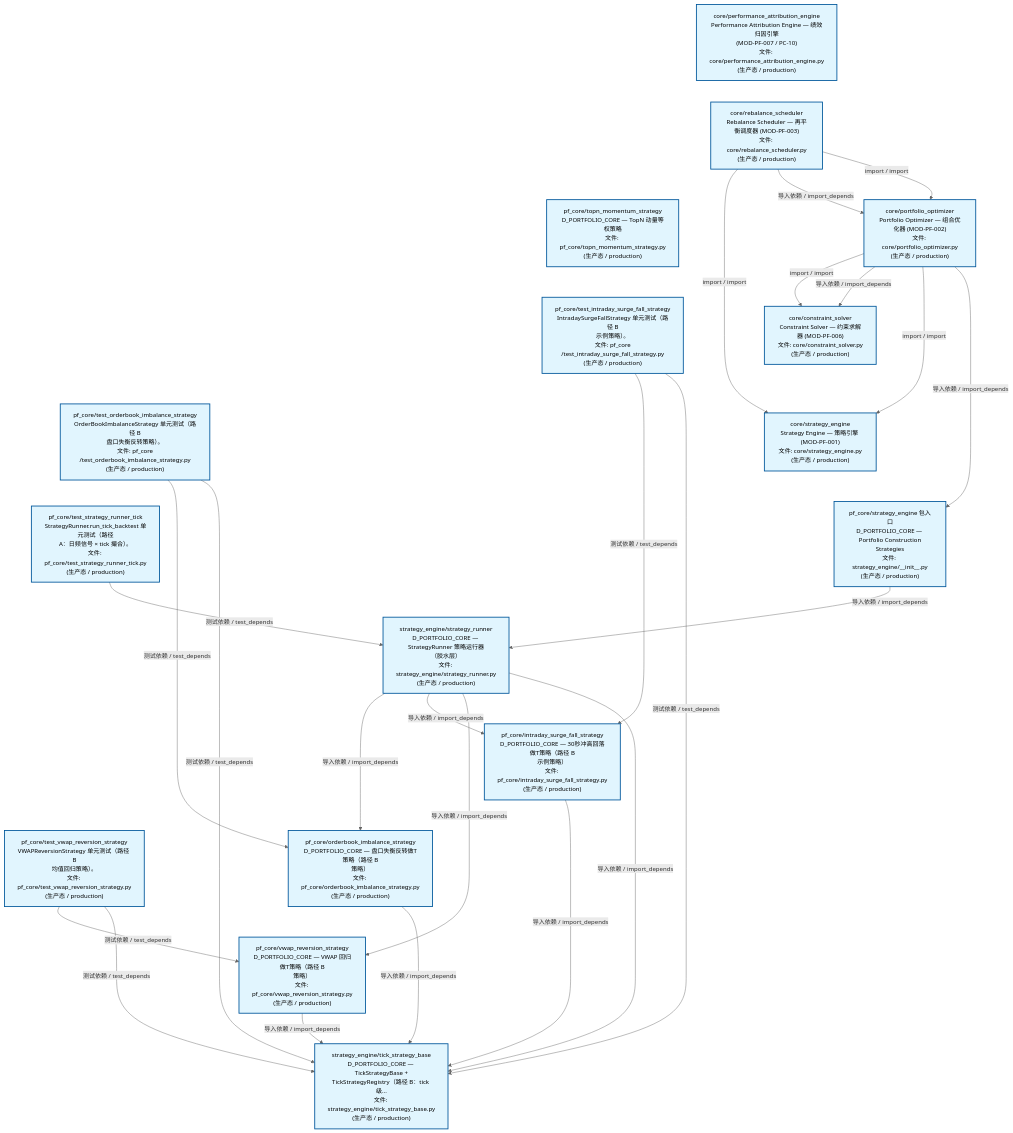
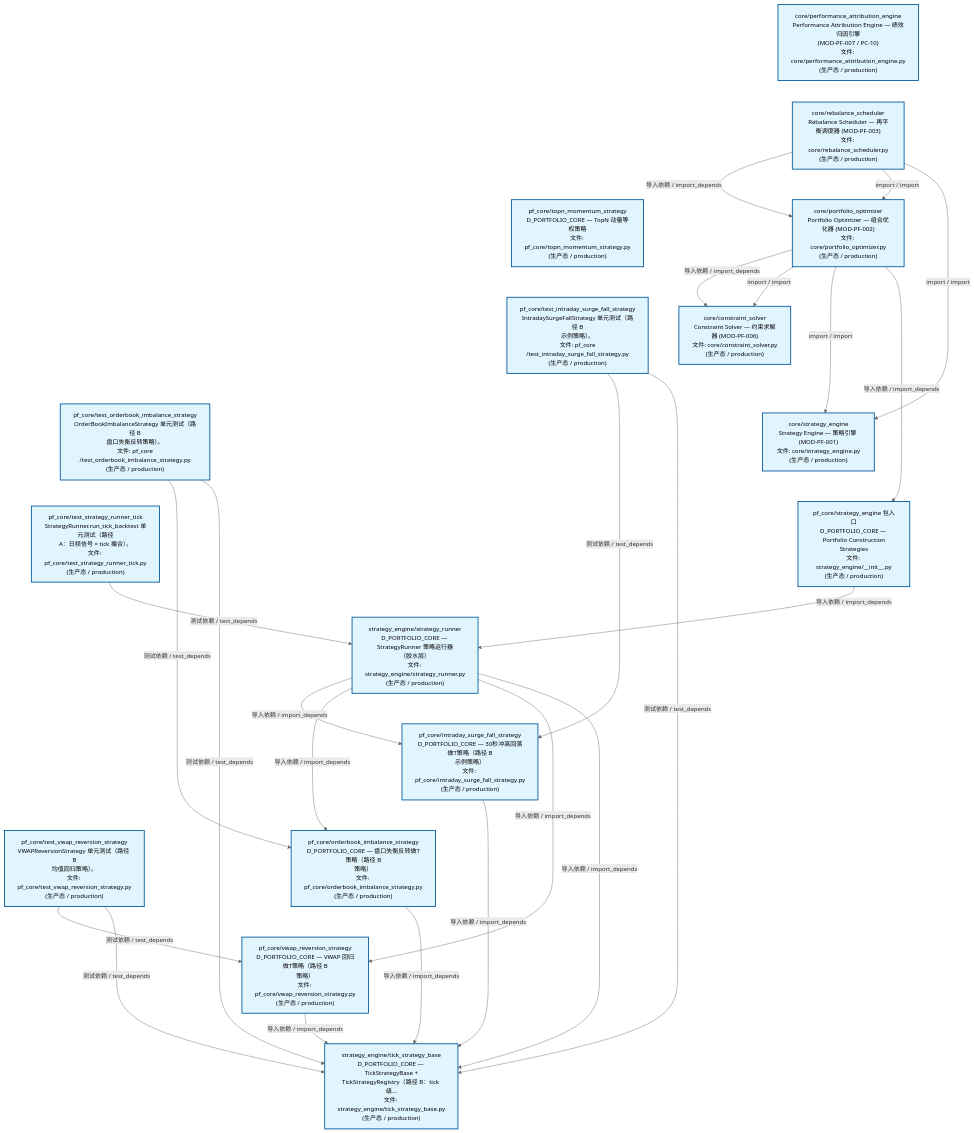
One commit to xuanFelixVan/ZephyrAlpha changed the second of 3 diagrams in docs/02_enterprise_architecture/02_domain_architecture_docs/63_d_pf_core.md. Above: the diagram before and after it, drawn with Mermaid. The commit also changed other lines of this file and 43 other files, not shown here.

````diff
--- a/docs/02_enterprise_architecture/02_domain_architecture_docs/63_d_pf_core.md
+++ b/docs/02_enterprise_architecture/02_domain_architecture_docs/63_d_pf_core.md
@@ -138,57 +138,57 @@
 ```mermaid
 %%{init: {'theme': 'base', 'themeVariables': {'primaryColor': '#eaeaea', 'primaryTextColor': '#333333', 'primaryBorderColor': '#666666', 'lineColor': '#666666', 'secondaryColor': '#eaeaea', 'tertiaryColor': '#eaeaea', 'fontSize': '14px'}}}%%
 flowchart TD
     src_zephyr_pf_core_core_performance_attribution_engine_py["core/performance_attribution_engine<br/>Performance Attribution Engine — 绩效归因引擎<br/>(MOD-PF-007 / PC-10)<br/>文件: core/performance_attribution_engine.py<br/>(生产态 / production)"]
     src_zephyr_pf_core_core_rebalance_scheduler_py["core/rebalance_scheduler<br/>Rebalance Scheduler — 再平衡调度器 (MOD-PF-003)<br/>文件: core/rebalance_scheduler.py<br/>(生产态 / production)"]
     src_zephyr_pf_core_topn_momentum_strategy_py["pf_core/topn_momentum_strategy<br/>D_PORTFOLIO_CORE — TopN 动量等权策略<br/>文件: pf_core/topn_momentum_strategy.py<br/>(生产态 / production)"]
     tests_pf_core_test_intraday_surge_fall_strategy_py["pf_core/test_intraday_surge_fall_strategy<br/>IntradaySurgeFallStrategy 单元测试（路径 B<br/>示例策略）。<br/>文件: pf_core<br/>/test_intraday_surge_fall_strategy.py<br/>(生产态 / production)"]
     tests_pf_core_test_orderbook_imbalance_strategy_py["pf_core/test_orderbook_imbalance_strategy<br/>OrderBookImbalanceStrategy 单元测试（路径 B<br/>盘口失衡反转策略）。<br/>文件: pf_core<br/>/test_orderbook_imbalance_strategy.py<br/>(生产态 / production)"]
     tests_pf_core_test_strategy_runner_tick_py["pf_core/test_strategy_runner_tick<br/>StrategyRunner.run_tick_backtest 单元测试（路径<br/>A：日频信号 × tick 撮合）。<br/>文件: pf_core/test_strategy_runner_tick.py<br/>(生产态 / production)"]
     tests_pf_core_test_vwap_reversion_strategy_py["pf_core/test_vwap_reversion_strategy<br/>VWAPReversionStrategy 单元测试（路径 B<br/>均值回归策略）。<br/>文件: pf_core/test_vwap_reversion_strategy.py<br/>(生产态 / production)"]
     src_zephyr_pf_core_core_performance_attribution_engine_py ~~~ src_zephyr_pf_core_core_rebalance_scheduler_py
     src_zephyr_pf_core_core_rebalance_scheduler_py ~~~ src_zephyr_pf_core_topn_momentum_strategy_py
     src_zephyr_pf_core_topn_momentum_strategy_py ~~~ tests_pf_core_test_intraday_surge_fall_strategy_py
     tests_pf_core_test_intraday_surge_fall_strategy_py ~~~ tests_pf_core_test_orderbook_imbalance_strategy_py
     tests_pf_core_test_orderbook_imbalance_strategy_py ~~~ tests_pf_core_test_strategy_runner_tick_py
     tests_pf_core_test_strategy_runner_tick_py ~~~ tests_pf_core_test_vwap_reversion_strategy_py
     src_zephyr_pf_core_core_portfolio_optimizer_py["core/portfolio_optimizer<br/>Portfolio Optimizer — 组合优化器 (MOD-PF-002)<br/>文件: core/portfolio_optimizer.py<br/>(生产态 / production)"]
     src_zephyr_pf_core_core_constraint_solver_py["core/constraint_solver<br/>Constraint Solver — 约束求解器 (MOD-PF-006)<br/>文件: core/constraint_solver.py<br/>(生产态 / production)"]
     src_zephyr_pf_core_core_strategy_engine_py["core/strategy_engine<br/>Strategy Engine — 策略引擎 (MOD-PF-001)<br/>文件: core/strategy_engine.py<br/>(生产态 / production)"]
     src_zephyr_pf_core_strategy_engine_init_py["pf_core/strategy_engine 包入口<br/>D_PORTFOLIO_CORE — Portfolio Construction<br/>Strategies<br/>文件: strategy_engine/__init__.py<br/>(生产态 / production)"]
     src_zephyr_pf_core_core_constraint_solver_py ~~~ src_zephyr_pf_core_core_strategy_engine_py
     src_zephyr_pf_core_core_strategy_engine_py ~~~ src_zephyr_pf_core_strategy_engine_init_py
     src_zephyr_pf_core_strategy_engine_strategy_runner_py["strategy_engine/strategy_runner<br/>D_PORTFOLIO_CORE — StrategyRunner 策略运行器<br/>（胶水层）<br/>文件: strategy_engine/strategy_runner.py<br/>(生产态 / production)"]
     src_zephyr_pf_core_intraday_surge_fall_strategy_py["pf_core/intraday_surge_fall_strategy<br/>D_PORTFOLIO_CORE — 30秒冲高回落做T策略（路径 B<br/>示例策略）<br/>文件: pf_core/intraday_surge_fall_strategy.py<br/>(生产态 / production)"]
     src_zephyr_pf_core_orderbook_imbalance_strategy_py["pf_core/orderbook_imbalance_strategy<br/>D_PORTFOLIO_CORE — 盘口失衡反转做T策略（路径 B<br/>策略）<br/>文件: pf_core/orderbook_imbalance_strategy.py<br/>(生产态 / production)"]
     src_zephyr_pf_core_vwap_reversion_strategy_py["pf_core/vwap_reversion_strategy<br/>D_PORTFOLIO_CORE — VWAP 回归做T策略（路径 B<br/>策略）<br/>文件: pf_core/vwap_reversion_strategy.py<br/>(生产态 / production)"]
     src_zephyr_pf_core_intraday_surge_fall_strategy_py ~~~ src_zephyr_pf_core_orderbook_imbalance_strategy_py
     src_zephyr_pf_core_orderbook_imbalance_strategy_py ~~~ src_zephyr_pf_core_vwap_reversion_strategy_py
     src_zephyr_pf_core_strategy_engine_tick_strategy_base_py["strategy_engine/tick_strategy_base<br/>D_PORTFOLIO_CORE — TickStrategyBase +<br/>TickStrategyRegistry（路径 B：tick 级...<br/>文件: strategy_engine/tick_strategy_base.py<br/>(生产态 / production)"]
+    src_zephyr_pf_core_intraday_surge_fall_strategy_py -->|导入依赖 / import_depends| src_zephyr_pf_core_strategy_engine_tick_strategy_base_py
     src_zephyr_pf_core_orderbook_imbalance_strategy_py -->|导入依赖 / import_depends| src_zephyr_pf_core_strategy_engine_tick_strategy_base_py
-    src_zephyr_pf_core_intraday_surge_fall_strategy_py -->|导入依赖 / import_depends| src_zephyr_pf_core_strategy_engine_tick_strategy_base_py
-    src_zephyr_pf_core_core_rebalance_scheduler_py -->|import / import| src_zephyr_pf_core_core_strategy_engine_py
+    src_zephyr_pf_core_vwap_reversion_strategy_py -->|导入依赖 / import_depends| src_zephyr_pf_core_strategy_engine_tick_strategy_base_py
+    src_zephyr_pf_core_core_portfolio_optimizer_py -->|导入依赖 / import_depends| src_zephyr_pf_core_core_constraint_solver_py
+    src_zephyr_pf_core_core_portfolio_optimizer_py -->|import / import| src_zephyr_pf_core_core_constraint_solver_py
+    src_zephyr_pf_core_core_portfolio_optimizer_py -->|import / import| src_zephyr_pf_core_core_strategy_engine_py
+    src_zephyr_pf_core_core_portfolio_optimizer_py -->|导入依赖 / import_depends| src_zephyr_pf_core_strategy_engine_init_py
     src_zephyr_pf_core_core_rebalance_scheduler_py -->|导入依赖 / import_depends| src_zephyr_pf_core_core_portfolio_optimizer_py
     src_zephyr_pf_core_core_rebalance_scheduler_py -->|import / import| src_zephyr_pf_core_core_portfolio_optimizer_py
-    src_zephyr_pf_core_vwap_reversion_strategy_py -->|导入依赖 / import_depends| src_zephyr_pf_core_strategy_engine_tick_strategy_base_py
-    src_zephyr_pf_core_core_portfolio_optimizer_py -->|import / import| src_zephyr_pf_core_core_constraint_solver_py
-    src_zephyr_pf_core_core_portfolio_optimizer_py -->|导入依赖 / import_depends| src_zephyr_pf_core_core_constraint_solver_py
-    src_zephyr_pf_core_core_portfolio_optimizer_py -->|import / import| src_zephyr_pf_core_core_strategy_engine_py
-    src_zephyr_pf_core_core_portfolio_optimizer_py -->|导入依赖 / import_depends| src_zephyr_pf_core_strategy_engine_init_py
+    src_zephyr_pf_core_core_rebalance_scheduler_py -->|import / import| src_zephyr_pf_core_core_strategy_engine_py
+    src_zephyr_pf_core_strategy_engine_init_py -->|导入依赖 / import_depends| src_zephyr_pf_core_strategy_engine_strategy_runner_py
+    src_zephyr_pf_core_strategy_engine_strategy_runner_py -->|导入依赖 / import_depends| src_zephyr_pf_core_intraday_surge_fall_strategy_py
     src_zephyr_pf_core_strategy_engine_strategy_runner_py -->|导入依赖 / import_depends| src_zephyr_pf_core_orderbook_imbalance_strategy_py
-    src_zephyr_pf_core_strategy_engine_strategy_runner_py -->|导入依赖 / import_depends| src_zephyr_pf_core_intraday_surge_fall_strategy_py
     src_zephyr_pf_core_strategy_engine_strategy_runner_py -->|导入依赖 / import_depends| src_zephyr_pf_core_vwap_reversion_strategy_py
     src_zephyr_pf_core_strategy_engine_strategy_runner_py -->|导入依赖 / import_depends| src_zephyr_pf_core_strategy_engine_tick_strategy_base_py
-    src_zephyr_pf_core_strategy_engine_init_py -->|导入依赖 / import_depends| src_zephyr_pf_core_strategy_engine_strategy_runner_py
     tests_pf_core_test_intraday_surge_fall_strategy_py -->|测试依赖 / test_depends| src_zephyr_pf_core_intraday_surge_fall_strategy_py
     tests_pf_core_test_intraday_surge_fall_strategy_py -->|测试依赖 / test_depends| src_zephyr_pf_core_strategy_engine_tick_strategy_base_py
     tests_pf_core_test_orderbook_imbalance_strategy_py -->|测试依赖 / test_depends| src_zephyr_pf_core_orderbook_imbalance_strategy_py
     tests_pf_core_test_orderbook_imbalance_strategy_py -->|测试依赖 / test_depends| src_zephyr_pf_core_strategy_engine_tick_strategy_base_py
-    tests_pf_core_test_strategy_runner_tick_py -->|测试依赖 / test_depends| src_zephyr_pf_core_strategy_engine_strategy_runner_py
     tests_pf_core_test_vwap_reversion_strategy_py -->|测试依赖 / test_depends| src_zephyr_pf_core_vwap_reversion_strategy_py
     tests_pf_core_test_vwap_reversion_strategy_py -->|测试依赖 / test_depends| src_zephyr_pf_core_strategy_engine_tick_strategy_base_py
+    tests_pf_core_test_strategy_runner_tick_py -->|测试依赖 / test_depends| src_zephyr_pf_core_strategy_engine_strategy_runner_py
     classDef production fill:#e1f5fe,stroke:#01579b,stroke-width:2px,color:#000
     classDef design fill:#fff3e0,stroke:#e65100,stroke-width:2px,color:#000,stroke-dasharray: 5 5
     classDef external_prod fill:#e8f4fd,stroke:#0277bd,stroke-width:1px,color:#000
     classDef external_design fill:#fff8e7,stroke:#ef6c00,stroke-width:1px,color:#000,stroke-dasharray: 5 5
     class src_zephyr_pf_core_core_constraint_solver_py,src_zephyr_pf_core_core_performance_attribution_engine_py,src_zephyr_pf_core_core_portfolio_optimizer_py,src_zephyr_pf_core_core_rebalance_scheduler_py,src_zephyr_pf_core_core_strategy_engine_py,src_zephyr_pf_core_intraday_surge_fall_strategy_py,src_zephyr_pf_core_orderbook_imbalance_strategy_py,src_zephyr_pf_core_strategy_engine_init_py,src_zephyr_pf_core_strategy_engine_strategy_runner_py,src_zephyr_pf_core_strategy_engine_tick_strategy_base_py,src_zephyr_pf_core_topn_momentum_strategy_py,src_zephyr_pf_core_vwap_reversion_strategy_py,tests_pf_core_test_intraday_surge_fall_strategy_py,tests_pf_core_test_orderbook_imbalance_strategy_py,tests_pf_core_test_strategy_runner_tick_py,tests_pf_core_test_vwap_reversion_strategy_py production
 ```
````
